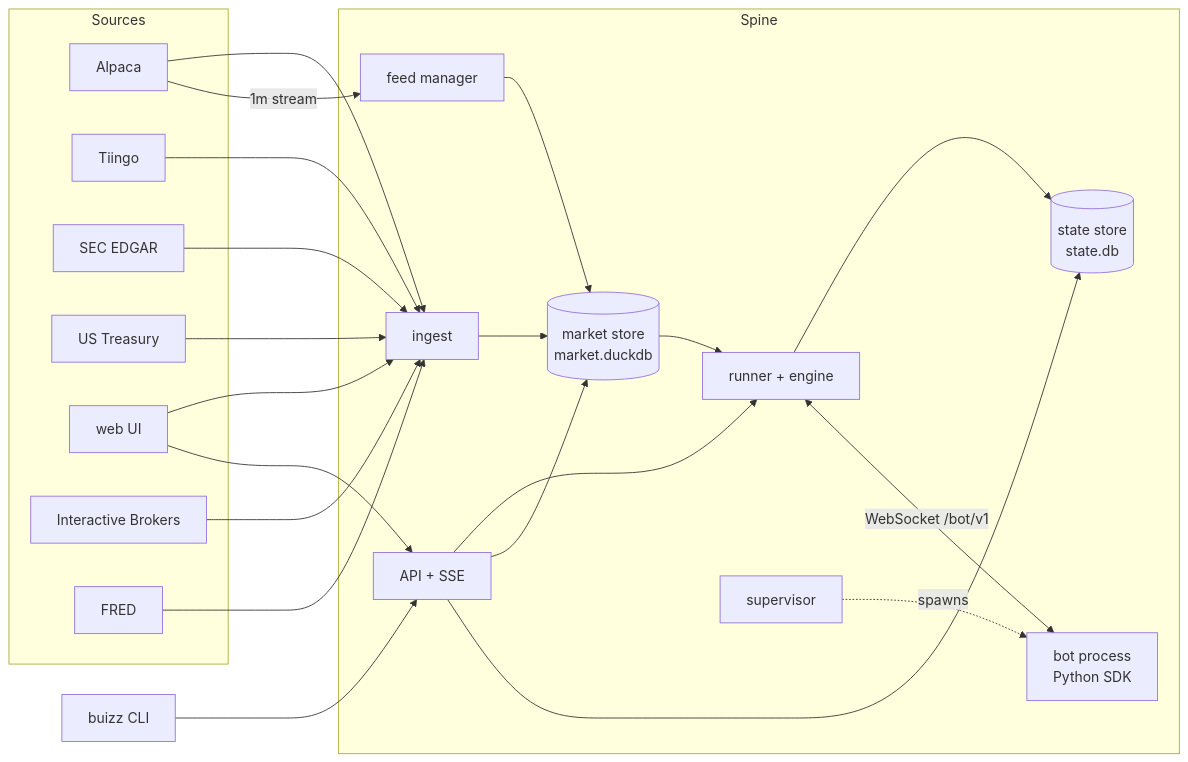
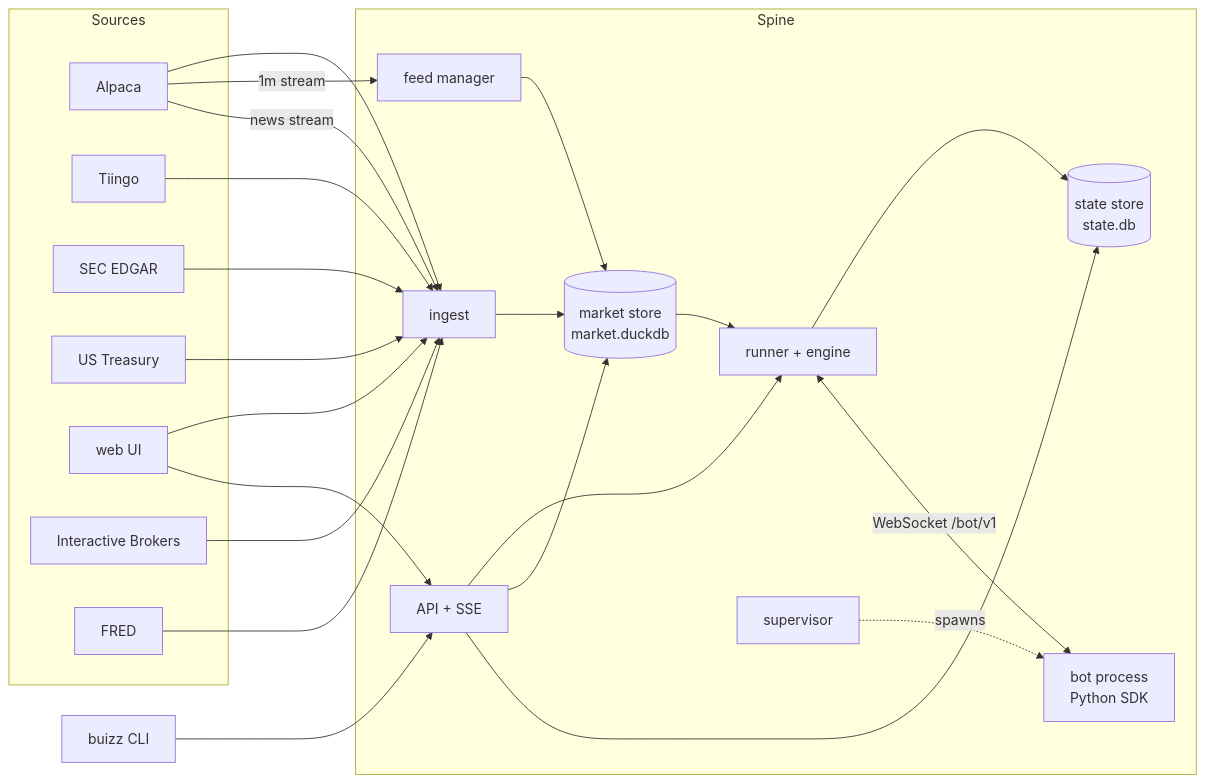
The diagram in docs/architecture.md (mikaelhug/Buizz), drawn with Mermaid before and after one commit. The commit also changed other lines of this file and 60 other files, not shown here.

````diff
--- a/docs/architecture.md
+++ b/docs/architecture.md
@@ -5,33 +5,34 @@
 ```mermaid
 flowchart LR
     subgraph Sources
         A[Alpaca]
         T[Tiingo]
         E[SEC EDGAR]
         R[US Treasury]
         W[Wikipedia]
         K[Interactive Brokers]
         FR[FRED]
     end
     subgraph Spine
         I[ingest] --> M[(market store<br/>market.duckdb)]
         F[feed manager] --> M
         M --> RU[runner + engine]
         RU --> S[(state store<br/>state.db)]
         SU[supervisor] -. spawns .-> B
         API[API + SSE] --> RU
         API --> M
         API --> S
     end
     A --> I
     T --> I
     E --> I
     R --> I
     W --> I
     K --> I
     FR --> I
     A -- 1m stream --> F
+    A -- news stream --> I
     RU <-- "WebSocket /bot/v1" --> B[bot process<br/>Python SDK]
     W[web UI] --> API
     C[buizz CLI] --> API
 ```
````
